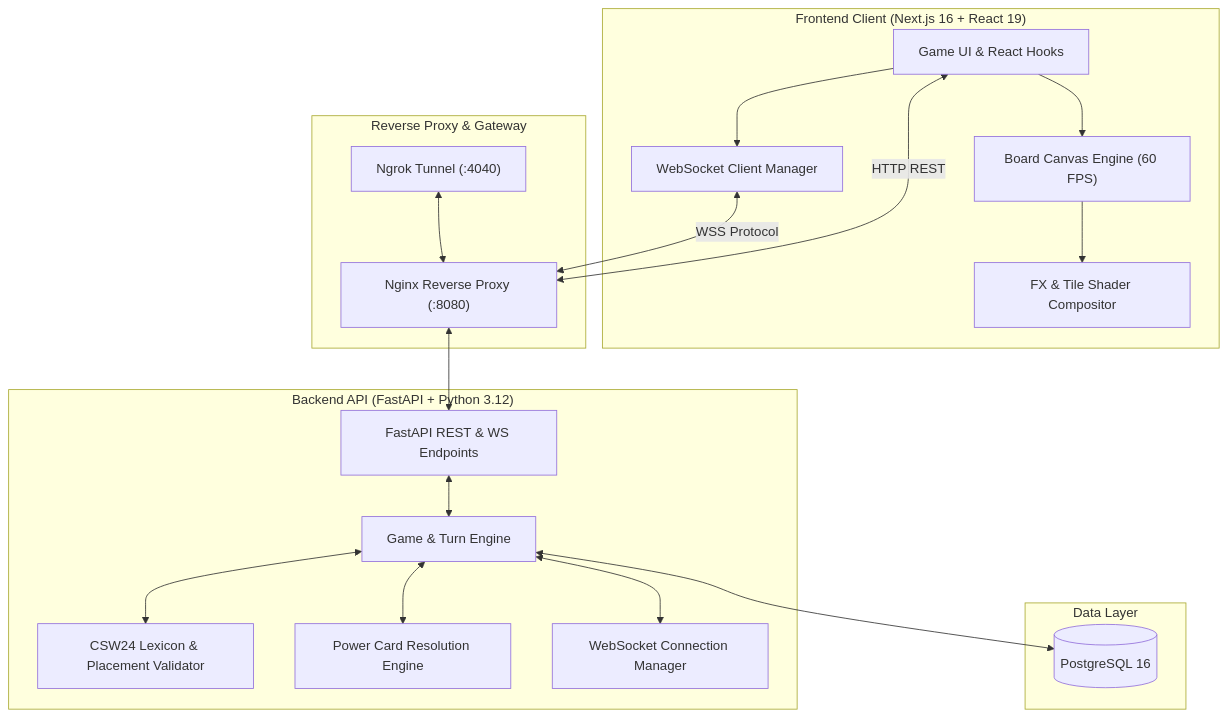
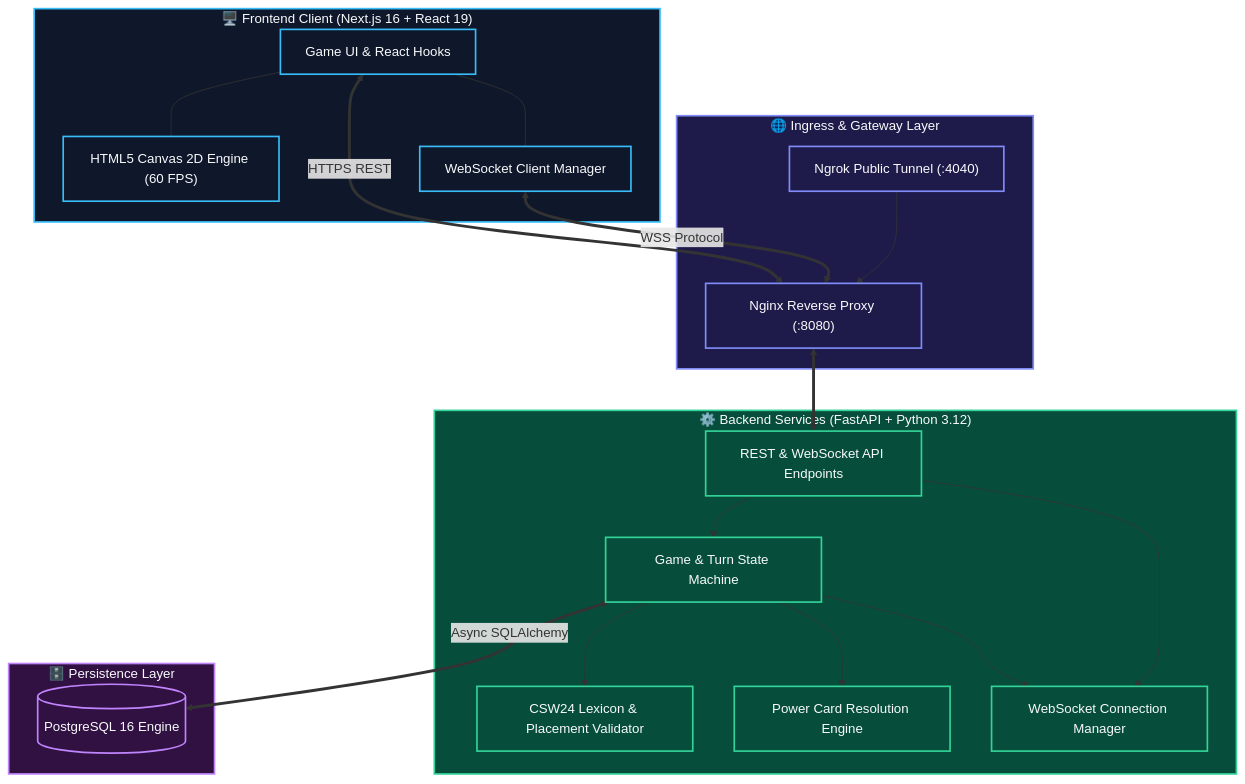
Before and after one commit to Cell1991/crossword-game: the first of 2 diagrams in README.md, drawn with Mermaid. The commit also changed other lines of this file, not shown here.

````diff
--- a/README.md
+++ b/README.md
@@ -92,39 +91,55 @@
 ```mermaid
 flowchart TD
-    subgraph Client["Frontend Client (Next.js 16 + React 19)"]
+    %% Client Tier
+    subgraph Client["🖥️ Frontend Client (Next.js 16 + React 19)"]
         UI["Game UI & React Hooks"]
-        Canvas["Board Canvas Engine (60 FPS)"]
-        FX["FX & Tile Shader Compositor"]
+        Canvas["HTML5 Canvas 2D Engine (60 FPS)"]
         WSClient["WebSocket Client Manager"]
+        UI --- Canvas
+        UI --- WSClient
     end
 
-    subgraph Gateway["Reverse Proxy & Gateway"]
+    %% Gateway Tier
+    subgraph Gateway["🌐 Ingress & Gateway Layer"]
         Nginx["Nginx Reverse Proxy (:8080)"]
-        Ngrok["Ngrok Tunnel (:4040)"]
+        Ngrok["Ngrok Public Tunnel (:4040)"]
+        Ngrok --> Nginx
     end
 
-    subgraph Backend["Backend API (FastAPI + Python 3.12)"]
-        Router["FastAPI REST & WS Endpoints"]
-        GameEngine["Game & Turn Engine"]
-        Validator["CSW24 Lexicon & Placement Validator"]
+    %% Backend Tier
+    subgraph Backend["⚙️ Backend Services (FastAPI + Python 3.12)"]
+        Router["REST & WebSocket API Endpoints"]
+        GameEngine["Game & Turn State Machine"]
+        Lexicon["CSW24 Lexicon & Placement Validator"]
         CardService["Power Card Resolution Engine"]
         WSHub["WebSocket Connection Manager"]
+        
+        Router --> GameEngine
+        Router --> WSHub
+        GameEngine --> Lexicon
+        GameEngine --> CardService
+        GameEngine --> WSHub
     end
 
-    subgraph Database["Data Layer"]
-        PG[("PostgreSQL 16")]
+    %% Data Tier
+    subgraph Database["🗄️ Persistence Layer"]
+        PG[("PostgreSQL 16 Engine")]
     end
 
-    UI --> WSClient
-    Canvas --> FX
-    UI --> Canvas
-    WSClient <-->|WSS Protocol| Nginx
-    UI <-->|HTTP REST| Nginx
-    Ngrok <--> Nginx
-    Nginx <--> Router
-    Router <--> GameEngine
-    GameEngine <--> Validator
-    GameEngine <--> CardService
-    GameEngine <--> WSHub
-    GameEngine <--> PG
+    %% Network Interconnections
+    WSClient <==>|WSS Protocol| Nginx
+    UI <==>|HTTPS REST| Nginx
+    Nginx <==> Router
+    GameEngine <==>|Async SQLAlchemy| PG
+
+    %% Visual Styling
+    classDef clientStyle fill:#0f172a,stroke:#38bdf8,stroke-width:2px,color:#f8fafc;
+    classDef gatewayStyle fill:#1e1b4b,stroke:#818cf8,stroke-width:2px,color:#f8fafc;
+    classDef backendStyle fill:#064e3b,stroke:#34d399,stroke-width:2px,color:#f8fafc;
+    classDef dbStyle fill:#311042,stroke:#c084fc,stroke-width:2px,color:#f8fafc;
+
+    class Client,UI,Canvas,WSClient clientStyle;
+    class Gateway,Nginx,Ngrok gatewayStyle;
+    class Backend,Router,GameEngine,Lexicon,CardService,WSHub backendStyle;
+    class Database,PG dbStyle;
 ```
````
